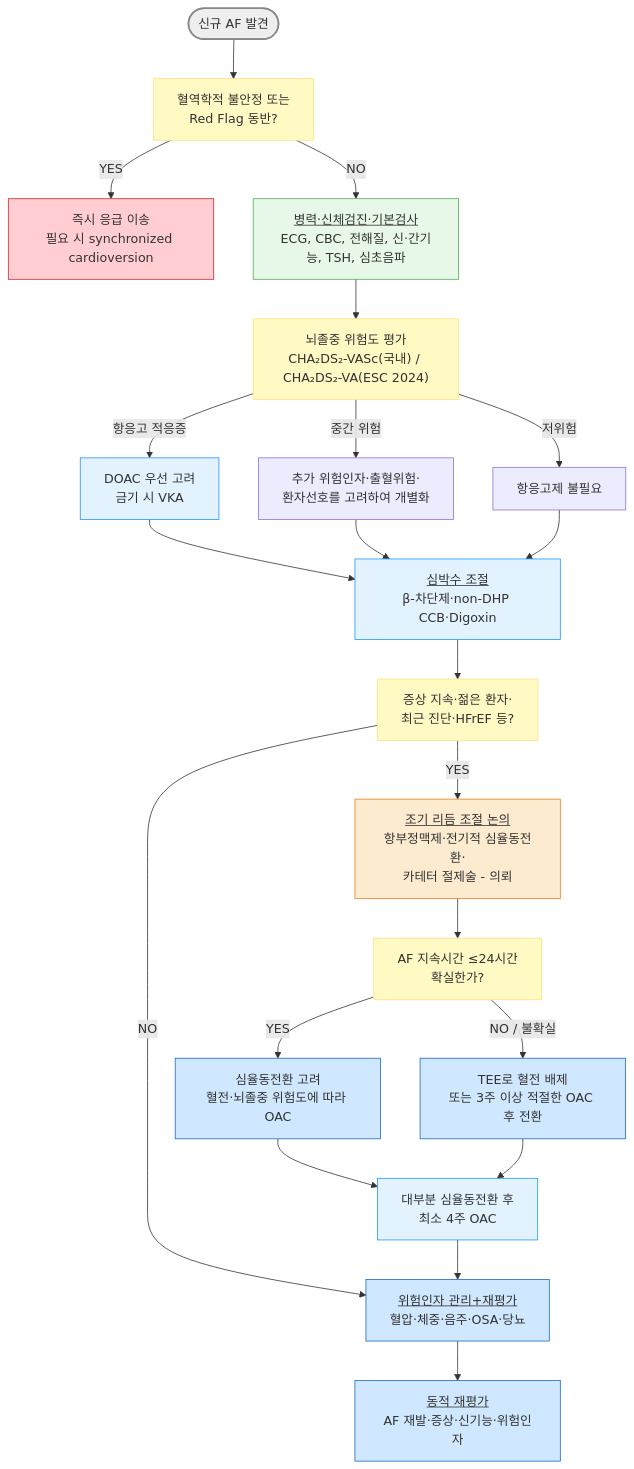
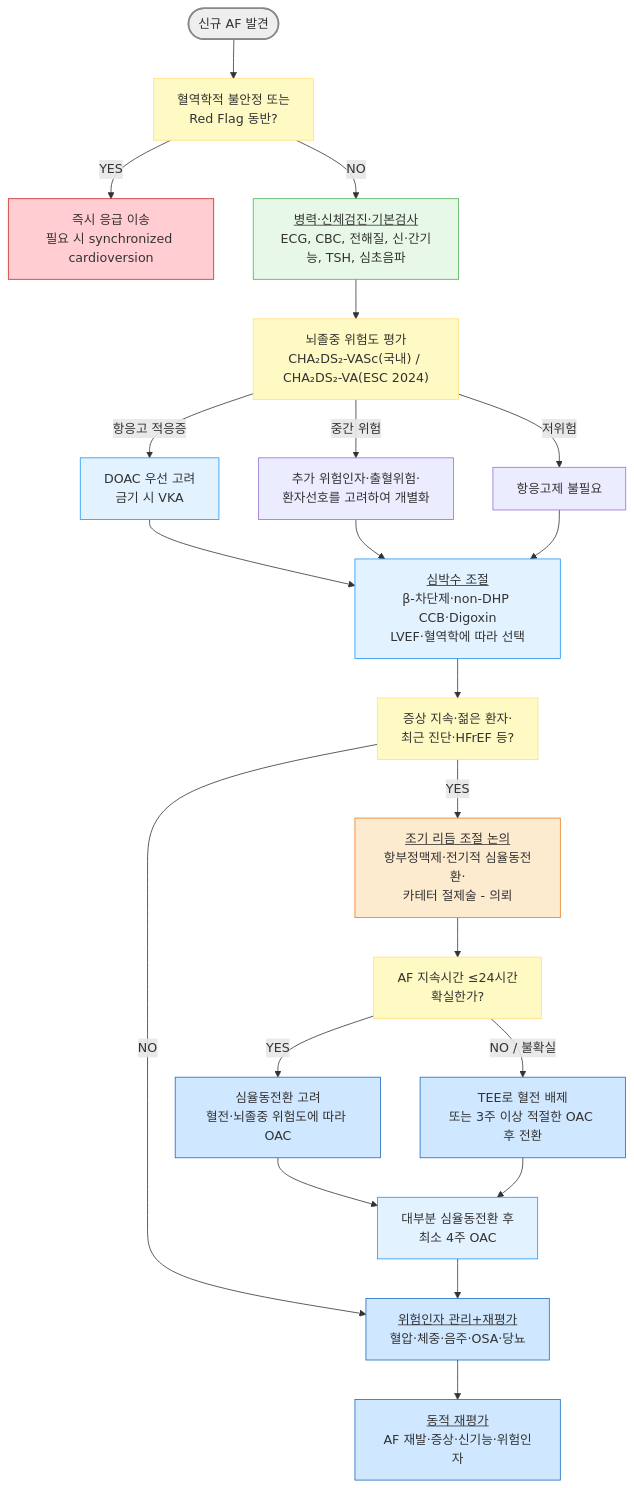
Before and after one commit to familyoh77/familyoh77: the diagram in 225_/099_1-atrial-fibrillation.md, drawn with Mermaid. The commit also changed other lines of this file and 5 other files, not shown here.

````diff
--- a/225_/099_1-atrial-fibrillation.md
+++ b/225_/099_1-atrial-fibrillation.md
@@ -98,35 +98,35 @@
 ```mermaid
 graph TD
     Start(["신규 AF 발견"]) --> Unstable["혈역학적 불안정 또는<br/>Red Flag 동반?"]
     Unstable -->|YES| Emergency["즉시 응급 이송<br/>필요 시 synchronized cardioversion"]
     Unstable -->|NO| Workup["<u>병력·신체검진·기본검사</u><br/>ECG, CBC, 전해질, 신·간기능, TSH, 심초음파"]
     Workup --> Score["뇌졸중 위험도 평가<br/>CHA₂DS₂-VASc(국내) / CHA₂DS₂-VA(ESC 2024)"]
     Score -->|"저위험"| NoOAC["항응고제 불필요"]
     Score -->|"항응고 적응증"| OAC["DOAC 우선 고려<br/>금기 시 VKA"]
     Score -->|"중간 위험"| Consider["추가 위험인자·출혈위험·<br/>환자선호를 고려하여 개별화"]
-    OAC --> Rate["<u>심박수 조절</u><br/>β-차단제·non-DHP CCB·Digoxin"]
+    OAC --> Rate["<u>심박수 조절</u><br/>β-차단제·non-DHP CCB·Digoxin<br/>LVEF·혈역학에 따라 선택"]
     Consider --> Rate
     NoOAC --> Rate
     Rate --> RhythmQ["증상 지속·젊은 환자·<br/>최근 진단·HFrEF 등?"]
     RhythmQ -->|YES| Rhythm["<u>조기 리듬 조절 논의</u><br/>항부정맥제·전기적 심율동전환·<br/>카테터 절제술 - 의뢰"]
     RhythmQ -->|NO| Followup["<u>위험인자 관리+재평가</u><br/>혈압·체중·음주·OSA·당뇨"]
     Rhythm --> Duration["AF 지속시간 ≤24시간<br/>확실한가?"]
     Duration -->|YES| Cardiovert["심율동전환 고려<br/>혈전·뇌졸중 위험도에 따라 OAC"]
     Duration -->|"NO / 불확실"| TEE["TEE로 혈전 배제<br/>또는 3주 이상 적절한 OAC 후 전환"]
     Cardiovert --> PostCV["대부분 심율동전환 후<br/>최소 4주 OAC"]
     TEE --> PostCV
     PostCV --> Followup
     Followup --> Reassess["<u>동적 재평가</u><br/>AF 재발·증상·신기능·위험인자"]
 
 style Start fill:#eeeeee,stroke:#888888,stroke-width:2px
 style Emergency fill:#ffcdd2,stroke:#c62828
 style Rhythm fill:#fdebd0,stroke:#e67e22
 classDef yellow fill:#fff9c4,stroke:#ffe082
 class Unstable,Score,RhythmQ,Duration yellow
 classDef lightGreen fill:#e8f8e8,stroke:#4caf50
 class Workup lightGreen
 classDef sky fill:#e3f2ff,stroke:#2196f3
 class OAC,Rate,PostCV sky
 classDef blue fill:#d0e8ff,stroke:#1a6abf
 class Followup,Cardiovert,TEE,Reassess blue
 ```
````
